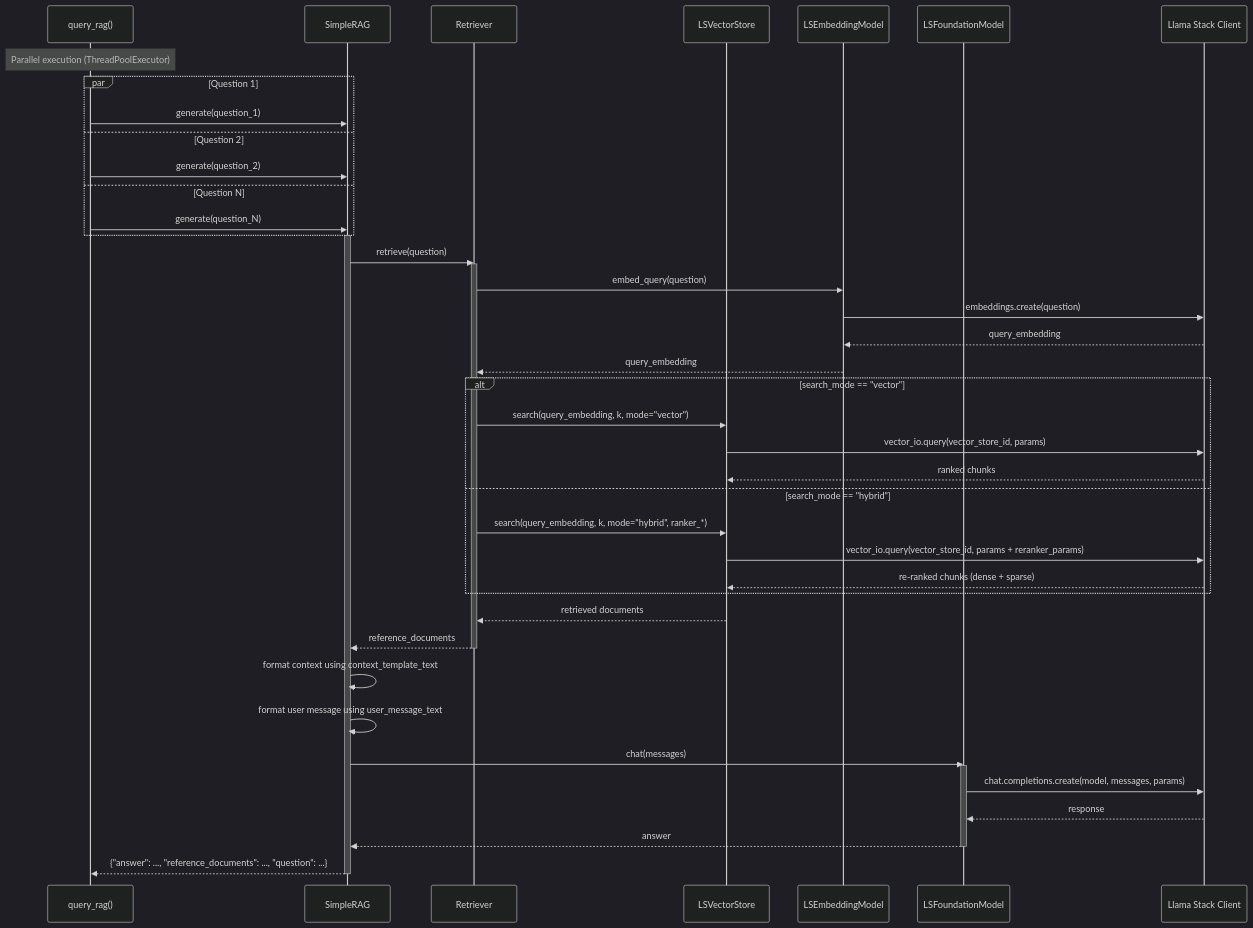
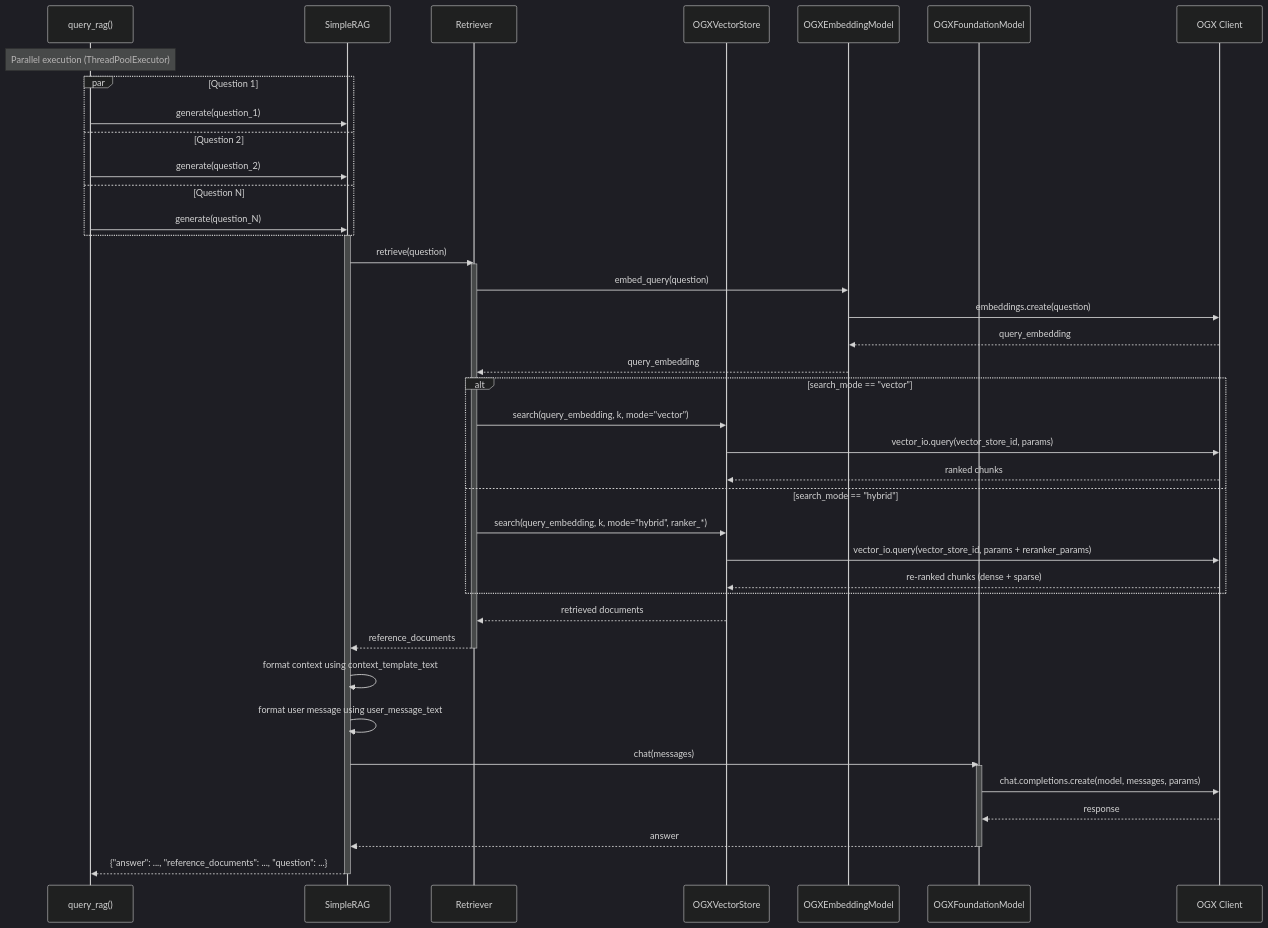
One commit to IBM/ai4rag changed the second of 4 diagrams in docs/architecture/data-flow.md. Above: the diagram before and after it, drawn with Mermaid (dark theme). The commit also changed other lines of this file and 51 other files, not shown here.

Commit message:
Change Llama Stack to OGX

````diff
--- a/docs/architecture/data-flow.md
+++ b/docs/architecture/data-flow.md
@@ -261,53 +261,53 @@
 ```mermaid
 sequenceDiagram
     participant QR as query_rag()
     participant RAG as SimpleRAG
     participant Ret as Retriever
-    participant VS as LSVectorStore
-    participant EM as LSEmbeddingModel
-    participant FM as LSFoundationModel
-    participant LSClient as Llama Stack Client
+    participant VS as OGXVectorStore
+    participant EM as OGXEmbeddingModel
+    participant FM as OGXFoundationModel
+    participant OGXClient as OGX Client
 
     Note over QR: Parallel execution (ThreadPoolExecutor)
     par Question 1
         QR->>RAG: generate(question_1)
     and Question 2
         QR->>RAG: generate(question_2)
     and Question N
         QR->>RAG: generate(question_N)
     end
 
     activate RAG
     RAG->>Ret: retrieve(question)
     activate Ret
     Ret->>EM: embed_query(question)
-    EM->>LSClient: embeddings.create(question)
-    LSClient-->>EM: query_embedding
+    EM->>OGXClient: embeddings.create(question)
+    OGXClient-->>EM: query_embedding
     EM-->>Ret: query_embedding
 
     alt search_mode == "vector"
         Ret->>VS: search(query_embedding, k, mode="vector")
-        VS->>LSClient: vector_io.query(vector_store_id, params)
-        LSClient-->>VS: ranked chunks
+        VS->>OGXClient: vector_io.query(vector_store_id, params)
+        OGXClient-->>VS: ranked chunks
     else search_mode == "hybrid"
         Ret->>VS: search(query_embedding, k, mode="hybrid", ranker_*)
-        VS->>LSClient: vector_io.query(vector_store_id, params + reranker_params)
-        LSClient-->>VS: re-ranked chunks (dense + sparse)
+        VS->>OGXClient: vector_io.query(vector_store_id, params + reranker_params)
+        OGXClient-->>VS: re-ranked chunks (dense + sparse)
     end
 
     VS-->>Ret: retrieved documents
     Ret-->>RAG: reference_documents
     deactivate Ret
 
     RAG->>RAG: format context using context_template_text
     RAG->>RAG: format user message using user_message_text
     RAG->>FM: chat(messages)
     activate FM
-    FM->>LSClient: chat.completions.create(model, messages, params)
-    LSClient-->>FM: response
+    FM->>OGXClient: chat.completions.create(model, messages, params)
+    OGXClient-->>FM: response
     FM-->>RAG: answer
     deactivate FM
 
     RAG-->>QR: {"answer": ..., "reference_documents": ..., "question": ...}
     deactivate RAG
 ```
````
